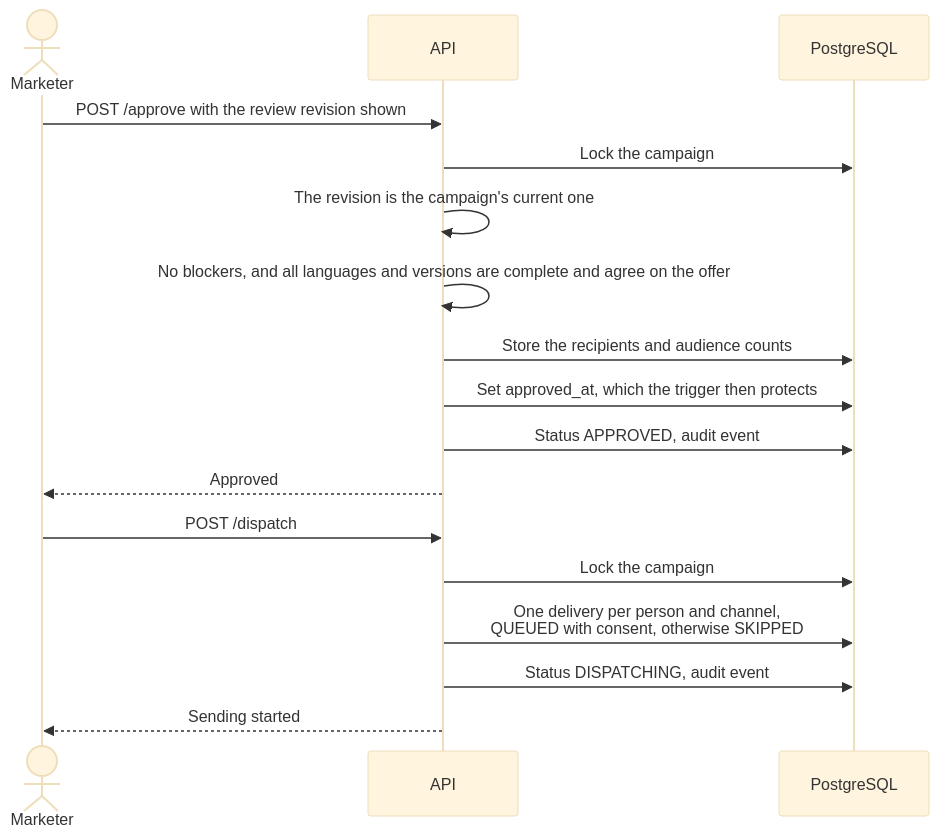
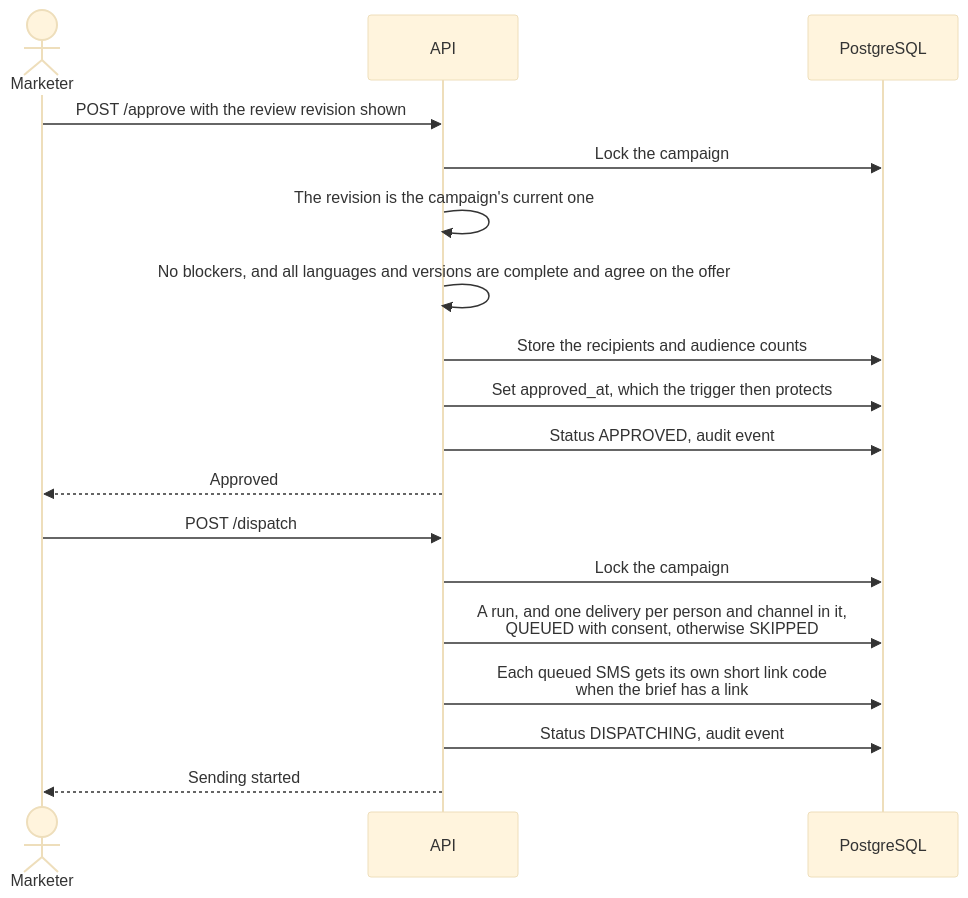
Before and after one commit to negativexq/smart-campaign-composer: the fifth of 14 diagrams in docs/flows.md, drawn with Mermaid (base theme). The commit also changed other lines of this file and 3 other files, not shown here.

````diff
--- a/docs/flows.md
+++ b/docs/flows.md
@@ -145,21 +145,22 @@
 ```mermaid
 sequenceDiagram
     actor M as Marketer
     participant A as API
     participant D as PostgreSQL
 
     M->>A: POST /approve with the review revision shown
     A->>D: Lock the campaign
     A->>A: The revision is the campaign's current one
     A->>A: No blockers, and all languages and versions are complete and agree on the offer
     A->>D: Store the recipients and audience counts
     A->>D: Set approved_at, which the trigger then protects
     A->>D: Status APPROVED, audit event
     A-->>M: Approved
 
     M->>A: POST /dispatch
     A->>D: Lock the campaign
-    A->>D: One delivery per person and channel,<br/>QUEUED with consent, otherwise SKIPPED
+    A->>D: A run, and one delivery per person and channel in it,<br/>QUEUED with consent, otherwise SKIPPED
+    A->>D: Each queued SMS gets its own short link code<br/>when the brief has a link
     A->>D: Status DISPATCHING, audit event
     A-->>M: Sending started
 ```
````
